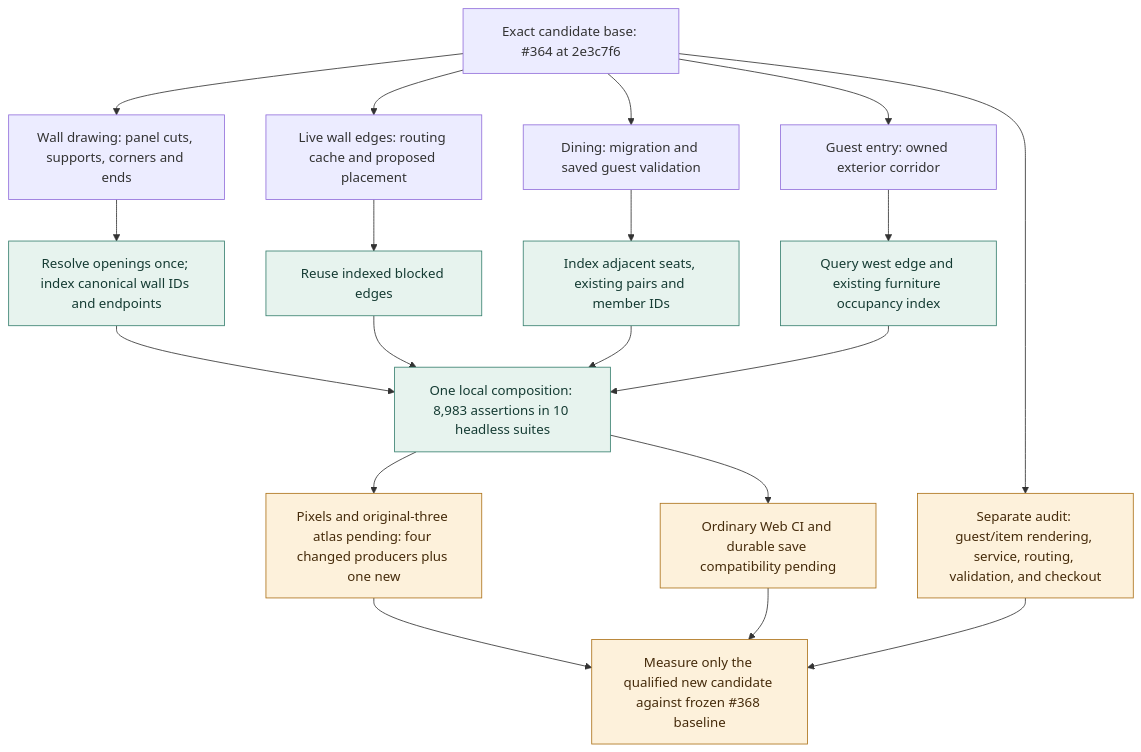
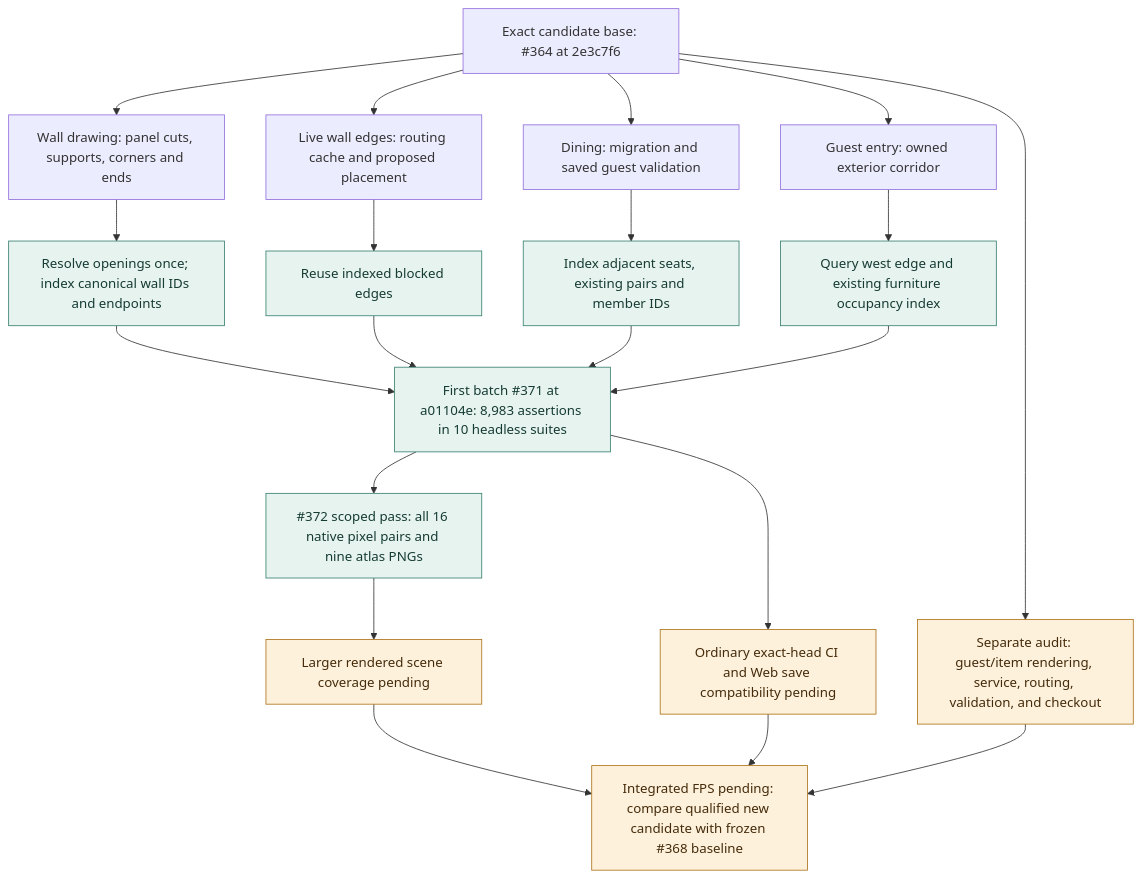
The diagram in docs/development/scaling-hotpaths/scaling-hotpaths.mmd (yiyousiow000814/little-leaf), drawn with Mermaid before and after one commit. The commit also changed 3 other files, not shown here.

Commit message:
test: record exact scaling atlas and rendered parity evidence

```diff
--- a/docs/development/scaling-hotpaths/scaling-hotpaths.mmd
+++ b/docs/development/scaling-hotpaths/scaling-hotpaths.mmd
@@ -1,24 +1,26 @@
 flowchart TB
   base["Exact candidate base: #364 at 2e3c7f6"]
   base --> render["Wall drawing: panel cuts, supports, corners and ends"]
   base --> live["Live wall edges: routing cache and proposed placement"]
   base --> dine["Dining: migration and saved guest validation"]
   base --> portal["Guest entry: owned exterior corridor"]
   render --> ri["Resolve openings once; index canonical wall IDs and endpoints"]
   live --> li["Reuse indexed blocked edges"]
   dine --> di["Index adjacent seats, existing pairs and member IDs"]
   portal --> pi["Query west edge and existing furniture occupancy index"]
-  ri --> integrated["One local composition: 8,983 assertions in 10 headless suites"]
+  ri --> integrated["First batch #371 at a01104e: 8,983 assertions in 10 headless suites"]
   li --> integrated
   di --> integrated
   pi --> integrated
   base --> open["Separate audit: guest/item rendering, service, routing, validation, and checkout"]
-  integrated --> visual["Pixels and original-three atlas pending: four changed producers plus one new"]
-  integrated --> web["Ordinary Web CI and durable save compatibility pending"]
-  visual --> latest["Measure only the qualified new candidate against frozen #368 baseline"]
+  integrated --> visual["#372 scoped pass: all 16 native pixel pairs and nine atlas PNGs"]
+  integrated --> web["Ordinary exact-head CI and Web save compatibility pending"]
+  visual --> larger["Larger rendered scene coverage pending"]
+  larger --> latest["Integrated FPS pending: compare qualified new candidate with frozen #368 baseline"]
   web --> latest
   open --> latest
   classDef pending fill:#FDF1DB,stroke:#AD731B,color:#452B0B;
   classDef staged fill:#E7F3EE,stroke:#398170,color:#153B33;
-  class ri,li,di,pi,integrated staged;
-  class visual,web,open,latest pending;
+  class ri,li,di,pi,integrated,visual staged;
+  class larger,web,open,latest pending;
+  click visual href "https://github.com/yiyousiow000814/little-leaf/actions/runs/44467477097" "Scoped native pixel and atlas verification"
```
